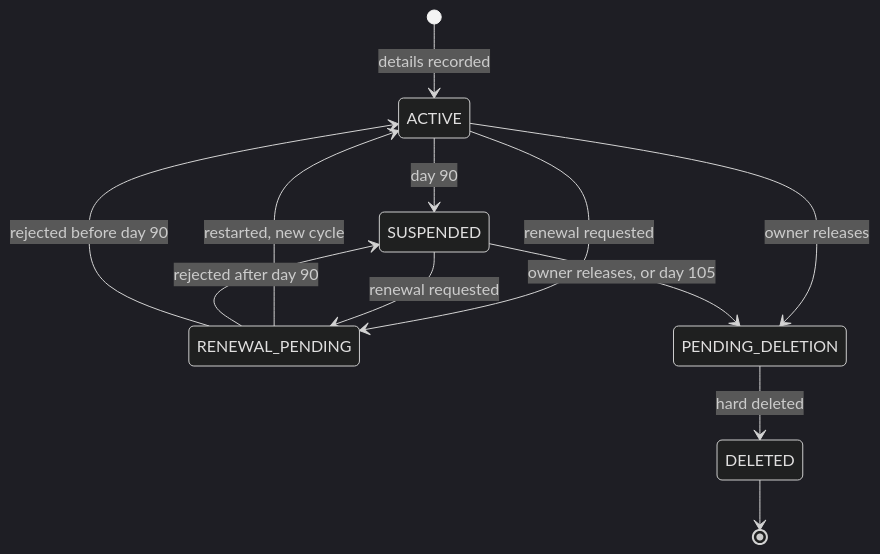
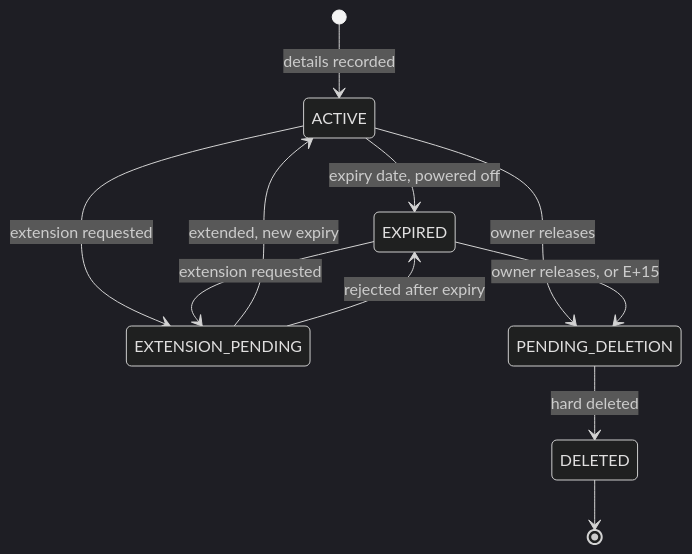
One commit to Priyo13o4/ServicesConsulting-VM-Portal changed the second of 2 diagrams in docs/locked-plan.md. Above: the diagram before and after it, drawn with Mermaid (dark theme). The commit also changed other lines of this file and 47 other files, not shown here.

````diff
--- a/docs/locked-plan.md
+++ b/docs/locked-plan.md
@@ -222,14 +223,13 @@
 ```mermaid
 stateDiagram-v2
     [*] --> ACTIVE: details recorded
-    ACTIVE --> SUSPENDED: day 90
-    ACTIVE --> RENEWAL_PENDING: renewal requested
-    SUSPENDED --> RENEWAL_PENDING: renewal requested
-    RENEWAL_PENDING --> ACTIVE: restarted, new cycle
-    RENEWAL_PENDING --> SUSPENDED: rejected after day 90
-    RENEWAL_PENDING --> ACTIVE: rejected before day 90
+    ACTIVE --> EXPIRED: expiry date, powered off
+    ACTIVE --> EXTENSION_PENDING: extension requested
+    EXPIRED --> EXTENSION_PENDING: extension requested
+    EXTENSION_PENDING --> ACTIVE: extended, new expiry
+    EXTENSION_PENDING --> EXPIRED: rejected after expiry
     ACTIVE --> PENDING_DELETION: owner releases
-    SUSPENDED --> PENDING_DELETION: owner releases, or day 105
+    EXPIRED --> PENDING_DELETION: owner releases, or E+15
     PENDING_DELETION --> DELETED: hard deleted
     DELETED --> [*]
 ```
````
